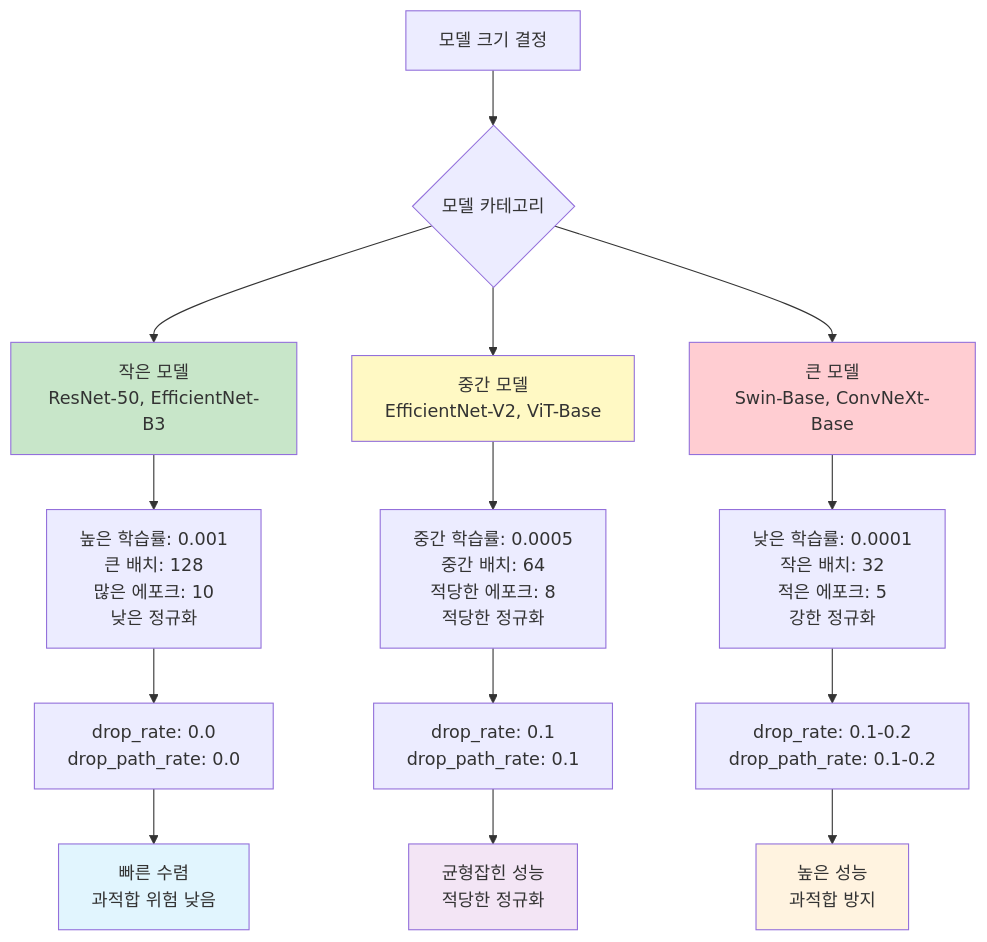
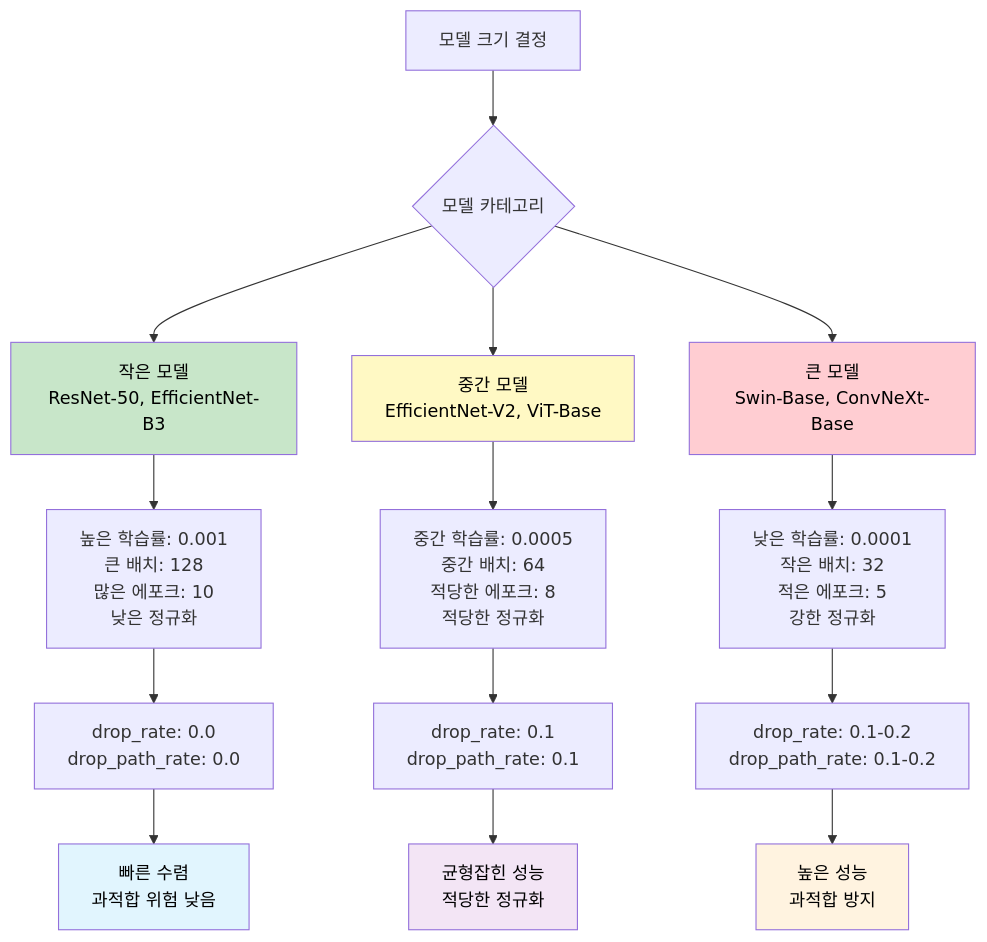
The sixth of 14 diagrams in docs/모델/모델_설정_가이드.md (nimnusmik/CV_documents_classification_competition), drawn with Mermaid before and after one commit. The commit also changed other lines of this file and 11 other files, not shown here.

Commit message:
docs: mermaid 글자 색상 명확한 검정색으로 수정

````diff
--- a/docs/모델/모델_설정_가이드.md
+++ b/docs/모델/모델_설정_가이드.md
@@ -590,29 +590,29 @@
 ```mermaid
 graph TD
     A[모델 크기 결정] --> B{모델 카테고리}
     
     B --> C[작은 모델<br/>ResNet-50, EfficientNet-B3]
     B --> D[중간 모델<br/>EfficientNet-V2, ViT-Base]
     B --> E[큰 모델<br/>Swin-Base, ConvNeXt-Base]
     
     C --> F[높은 학습률: 0.001<br/>큰 배치: 128<br/>많은 에포크: 10<br/>낮은 정규화]
     
     D --> G[중간 학습률: 0.0005<br/>중간 배치: 64<br/>적당한 에포크: 8<br/>적당한 정규화]
     
     E --> H[낮은 학습률: 0.0001<br/>작은 배치: 32<br/>적은 에포크: 5<br/>강한 정규화]
     
     F --> I[drop_rate: 0.0<br/>drop_path_rate: 0.0]
     G --> J[drop_rate: 0.1<br/>drop_path_rate: 0.1]
     H --> K[drop_rate: 0.1-0.2<br/>drop_path_rate: 0.1-0.2]
     
     I --> L[빠른 수렴<br/>과적합 위험 낮음]
     J --> M[균형잡힌 성능<br/>적당한 정규화]
     K --> N[높은 성능<br/>과적합 방지]
     
-    style C fill:#c8e6c9
-    style D fill:#fff9c4
-    style E fill:#ffcdd2
-    style L fill:#e1f5fe
-    style M fill:#f3e5f5
-    style N fill:#fff3e0
+    style C fill:#c8e6c9, color:#000000
+    style D fill:#fff9c4, color:#000000
+    style E fill:#ffcdd2, color:#000000
+    style L fill:#e1f5fe, color:#000000
+    style M fill:#f3e5f5, color:#000000
+    style N fill:#fff3e0, color:#000000
 ```
````
